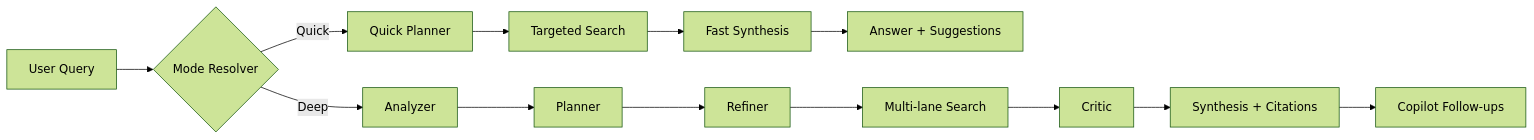
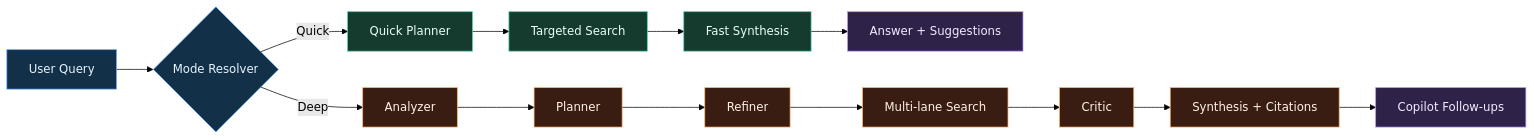
Before and after one commit to zvspuentus-rgb/Argentic-Search-Lab: the first of 3 diagrams in README.md, drawn with Mermaid (forest theme). The commit also changed other lines of this file and 1 other file, not shown here.

````diff
--- a/README.md
+++ b/README.md
@@ -59,15 +59,23 @@
 ```mermaid
 flowchart LR
     A["User Query"] --> B{"Mode Resolver"}
     B -->|"Quick"| Q1["Quick Planner"]
     Q1 --> Q2["Targeted Search"]
     Q2 --> Q3["Fast Synthesis"]
     Q3 --> Q4["Answer + Suggestions"]
     B -->|"Deep"| D1["Analyzer"]
     D1 --> D2["Planner"]
     D2 --> D3["Refiner"]
     D3 --> D4["Multi-lane Search"]
     D4 --> D5["Critic"]
     D5 --> D6["Synthesis + Citations"]
     D6 --> D7["Copilot Follow-ups"]
+    classDef entry fill:#123047,stroke:#5fa8ff,color:#e8f4ff,stroke-width:1px;
+    classDef quick fill:#153a2e,stroke:#43d3a8,color:#eafff6,stroke-width:1px;
+    classDef deep fill:#3a1d12,stroke:#ffb067,color:#fff2e8,stroke-width:1px;
+    classDef output fill:#2f2248,stroke:#b690ff,color:#f2eaff,stroke-width:1px;
+    class A,B entry;
+    class Q1,Q2,Q3 quick;
+    class D1,D2,D3,D4,D5,D6 deep;
+    class Q4,D7 output;
 ```
````
